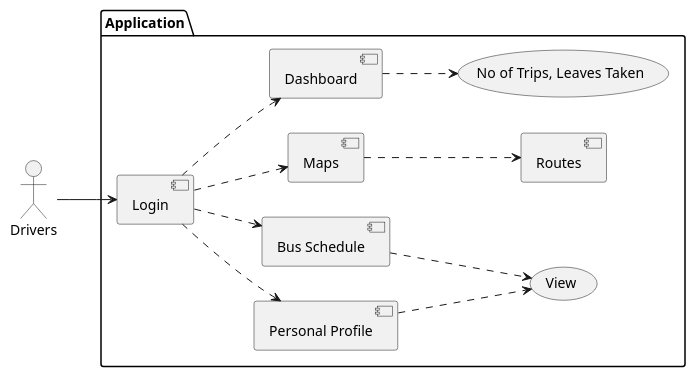
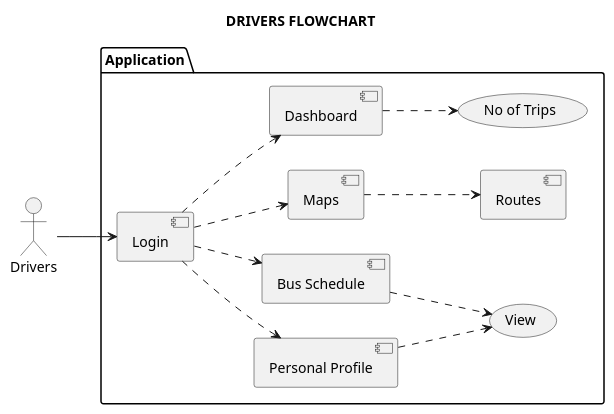
One commit to Krishnaa-tech/BuzzMaps changed the diagram in Flowcharts/driversflowchart.puml. Above: the diagram before and after it, drawn with PlantUML.

```diff
--- a/Flowcharts/driversflowchart.puml
+++ b/Flowcharts/driversflowchart.puml
@@ -1,48 +1,48 @@
 @startuml Drivers
-
+title DRIVERS FLOWCHART
 left to right direction 
 
 ' :User: <-- (Use)
 ' "Main Admin" as Admin
 ' "Use the application" as (Use)
 ' (Use) <-- Admin  : Use the appliction by admin
 
 
 actor Drivers
 ' package EndUsers{
 '   actor Drivers
 '   actor Users
 ' }
 ' User_Details..User
 
 
 
 package Application{
   usecase "Login" as [loginpage]
 
     'Personal Profile
     [loginpage]..> [Personal Profile]
     [Personal Profile]..> (View)
 
     
     'Bus Schedule 
     [loginpage]..> [Bus Schedule]
     [Bus Schedule]..> [View]
 
     'Maps
     [loginpage]..> [Maps]
     [Maps]..> [Routes] 
 
     'Dashboard
     [loginpage]..> [Dashboard]
-    [Dashboard]..> (No of Trips, Leaves Taken)
+    [Dashboard]..> (No of Trips)
     
     
 
 
     }
 
     Drivers --> loginpage
 
 
     @enduml
```
